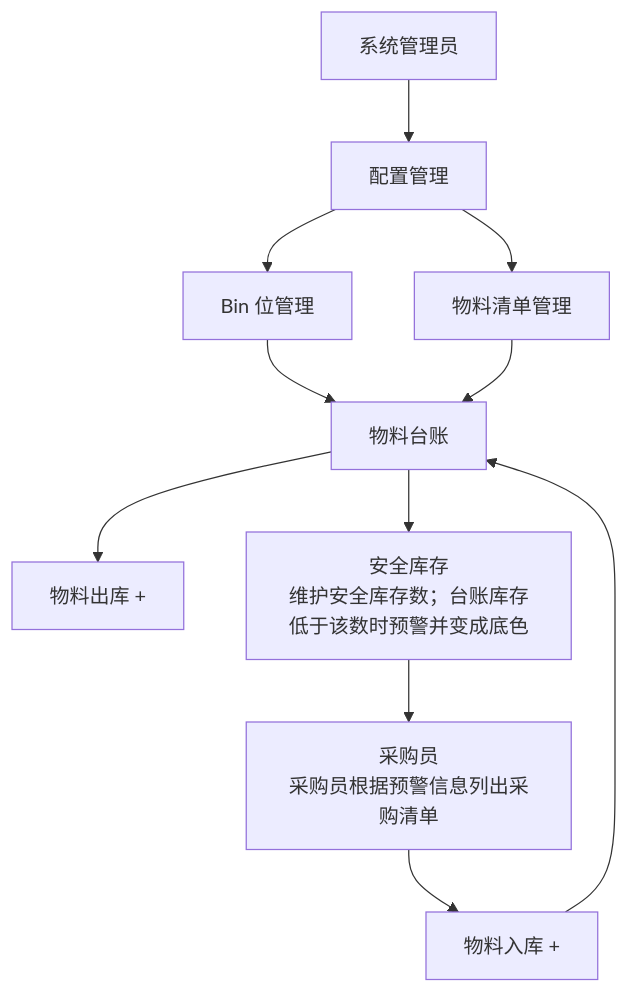
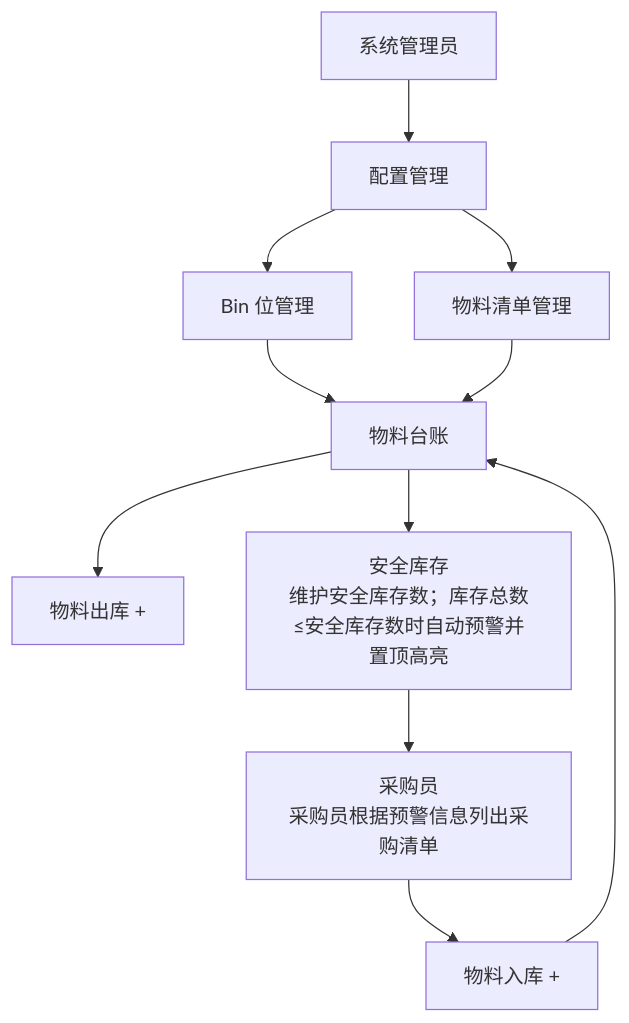
The diagram in README.md (z136606021-star/Storage), drawn with Mermaid before and after one commit. The commit also changed other lines of this file and 85 other files, not shown here.

````diff
--- a/README.md
+++ b/README.md
@@ -271,13 +272,13 @@
 ```mermaid
 flowchart TD
   Admin["系统管理员"] --> Config["配置管理"]
   Config --> Bin["Bin 位管理"]
   Config --> Bom["物料清单管理"]
   Bin --> Ledger["物料台账"]
   Bom --> Ledger
   Purchase["采购员\n采购员根据预警信息列出采购清单"] --> Inbound["物料入库 +"]
   Inbound --> Ledger
   Ledger --> Outbound["物料出库 +"]
-  Ledger --> Safety["安全库存\n维护安全库存数；台账库存低于该数时预警并变成底色"]
+  Ledger --> Safety["安全库存\n维护安全库存数；库存总数≤安全库存数时自动预警并置顶高亮"]
   Safety --> Purchase
 ```
````
